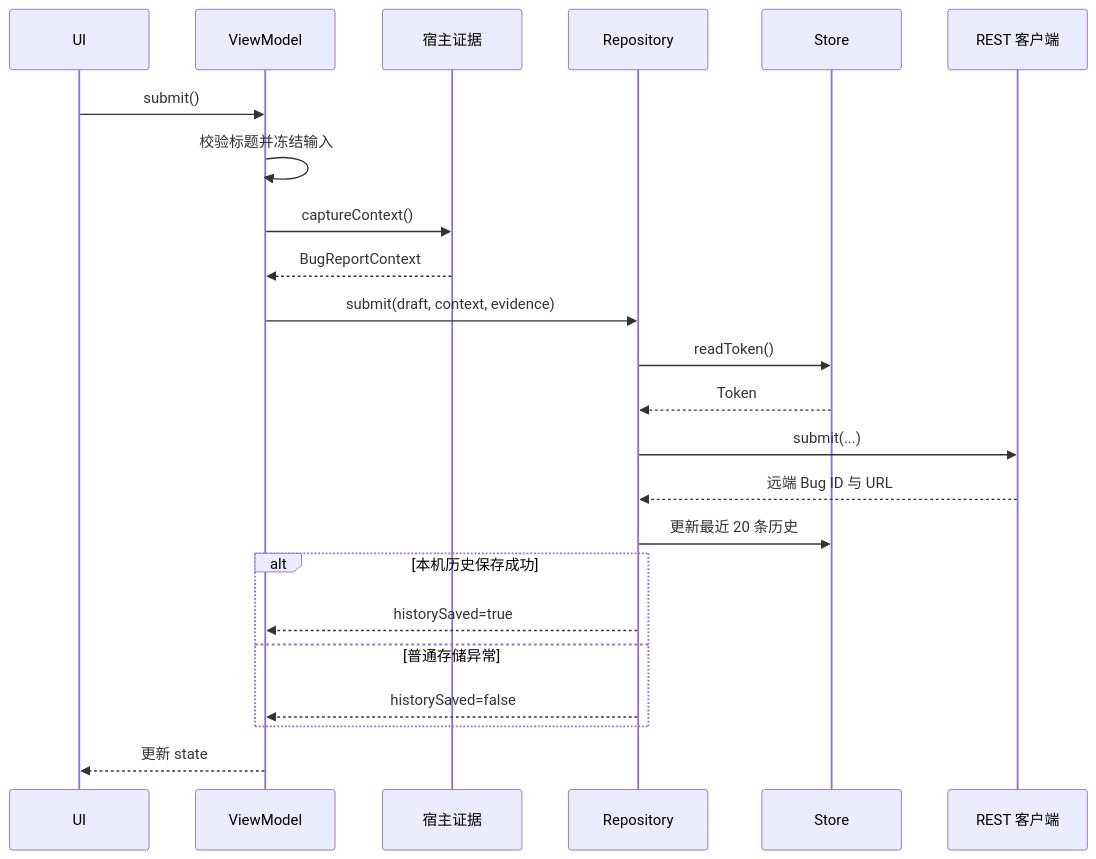
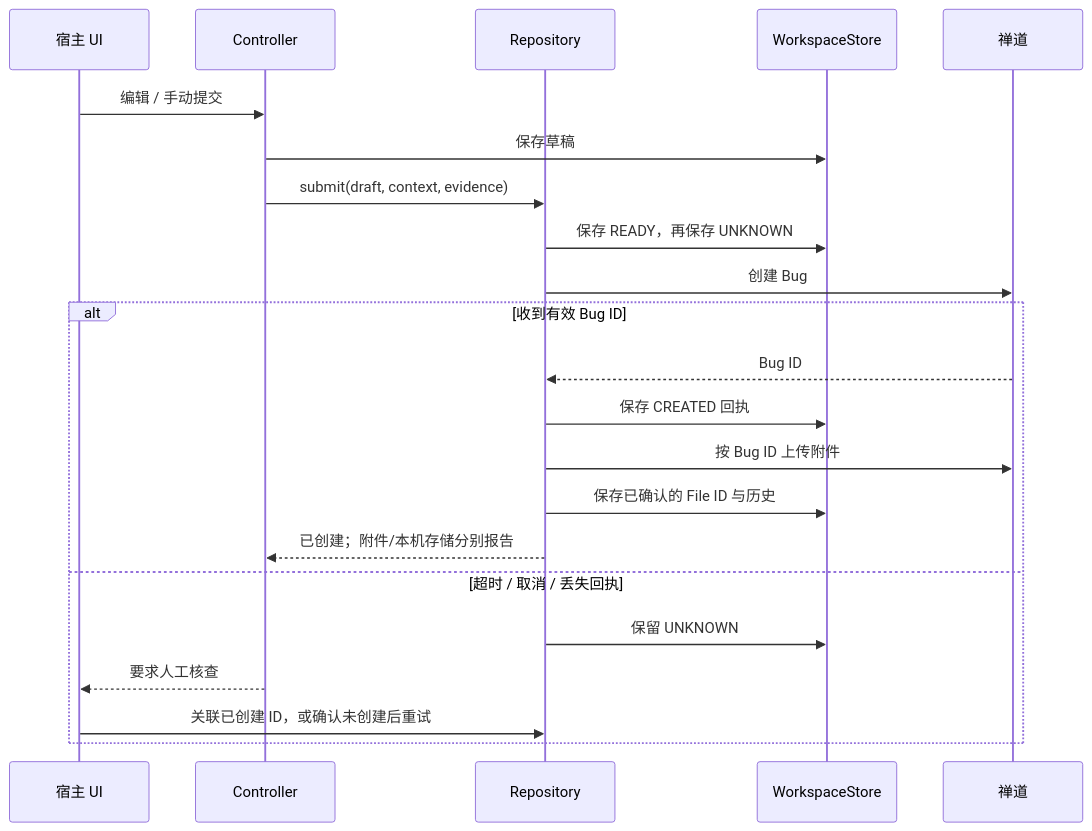
One commit to gycrosskit/debug-tools changed the second of 3 diagrams in README.md. Above: the diagram before and after it, drawn with Mermaid. The commit also changed other lines of this file and 49 other files, not shown here.

````diff
--- a/README.md
+++ b/README.md
@@ -21,25 +36,24 @@
 ```mermaid
 sequenceDiagram
-    participant UI as UI
-    participant VM as ViewModel
-    participant Host as 宿主证据
+    participant UI as 宿主 UI
+    participant C as Controller
     participant R as Repository
-    participant S as Store
-    participant Z as REST 客户端
-    UI->>VM: submit()
-    VM->>VM: 校验标题并冻结输入
-    VM->>Host: captureContext()
-    Host-->>VM: BugReportContext
-    VM->>R: submit(draft, context, evidence)
-    R->>S: readToken()
-    S-->>R: Token
-    R->>Z: submit(...)
-    Z-->>R: 远端 Bug ID 与 URL
-    R->>S: 更新最近 20 条历史
-    alt 本机历史保存成功
-        R-->>VM: historySaved=true
-    else 普通存储异常
-        R-->>VM: historySaved=false
+    participant S as WorkspaceStore
+    participant Z as 禅道
+    UI->>C: 编辑 / 手动提交
+    C->>S: 保存草稿
+    C->>R: submit(draft, context, evidence)
+    R->>S: 保存 READY，再保存 UNKNOWN
+    R->>Z: 创建 Bug
+    alt 收到有效 Bug ID
+        Z-->>R: Bug ID
+        R->>S: 保存 CREATED 回执
+        R->>Z: 按 Bug ID 上传附件
+        R->>S: 保存已确认的 File ID 与历史
+        R-->>C: 已创建；附件/本机存储分别报告
+    else 超时 / 取消 / 丢失回执
+        R->>S: 保留 UNKNOWN
+        C-->>UI: 要求人工核查
+        UI->>R: 关联已创建 ID，或确认未创建后重试
     end
-    VM-->>UI: 更新 state
 ```
````
